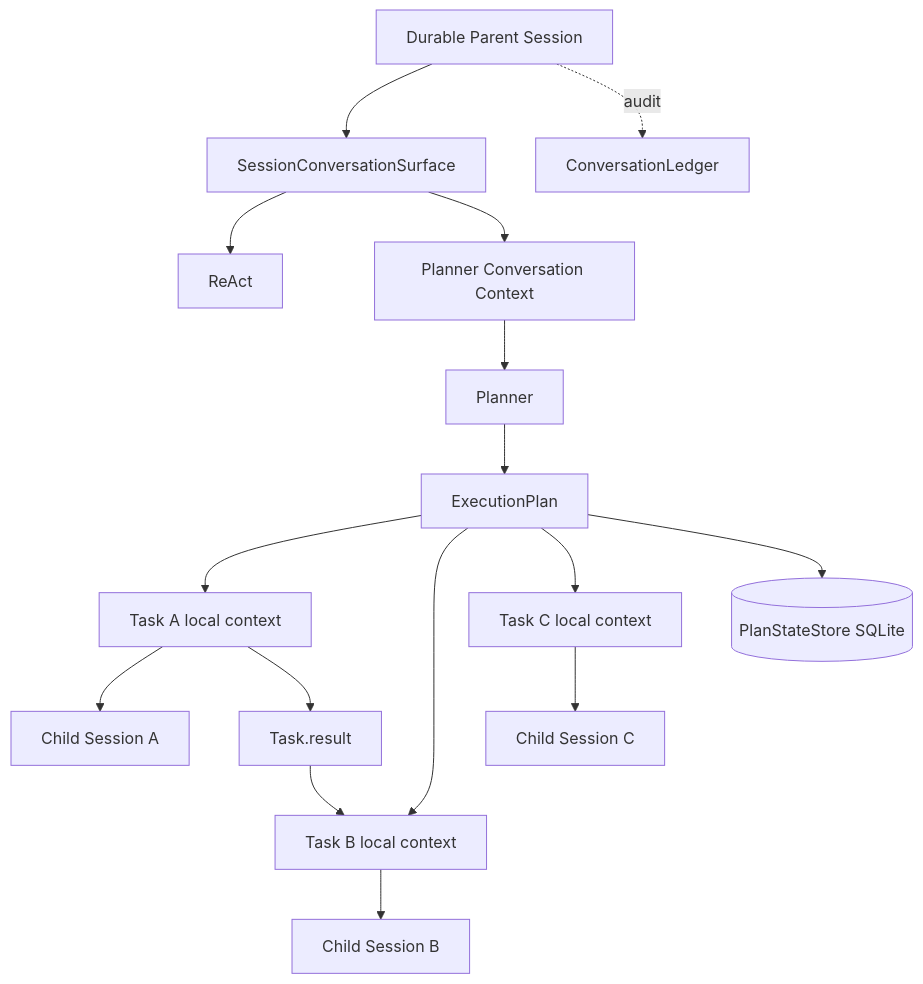
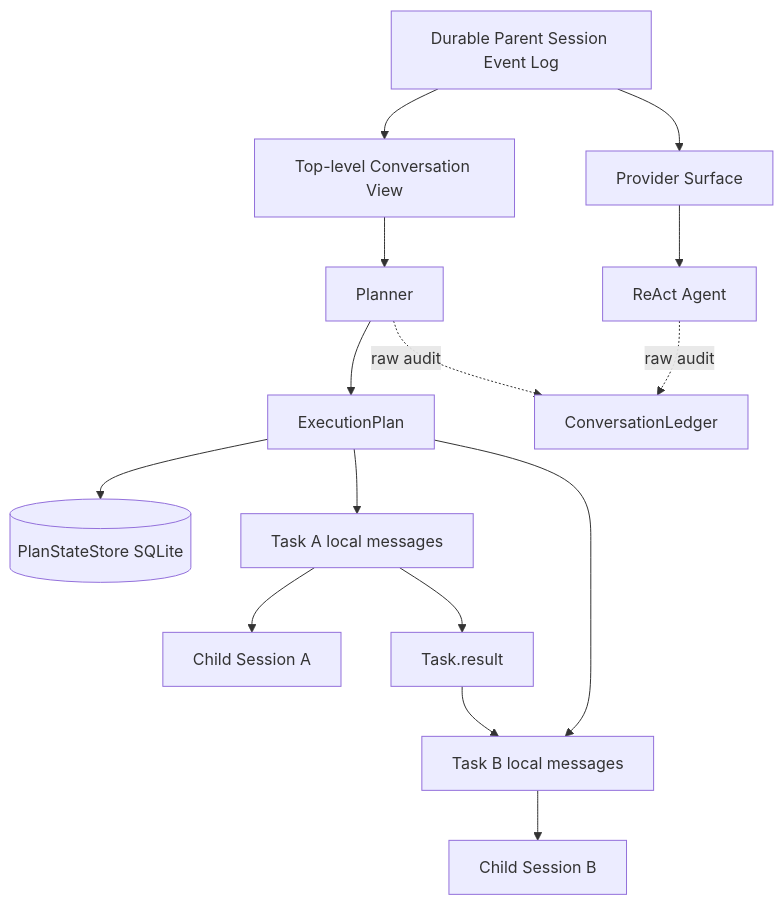
The second of 2 diagrams in docs/dev/14-plan-session-conversation-continuity.md (zgjdev/Code-Agent), drawn with Mermaid before and after one commit. The commit also changed other lines of this file, not shown here.

Commit message:
docs: resolve plan session continuity design ambiguities

````diff
--- a/docs/dev/14-plan-session-conversation-continuity.md
+++ b/docs/dev/14-plan-session-conversation-continuity.md
@@ -347,26 +368,18 @@
 ```mermaid
 graph TB
-    SESSION[Durable Parent Session]
-
-    SESSION --> SURFACE[SessionConversationSurface]
-    SURFACE --> REACT[ReAct]
-    SURFACE --> PCTX[Planner Conversation Context]
-
-    PCTX --> PLANNER[Planner]
+    SESSION[Durable Parent Session Event Log]
+    SESSION --> PS[Provider Surface]
+    SESSION --> CV[Top-level Conversation View]
+    PS --> REACT[ReAct Agent]
+    CV --> PLANNER[Planner]
     PLANNER --> DAG[ExecutionPlan]
-
-    DAG --> T1[Task A local context]
-    DAG --> T2[Task B local context]
-    DAG --> T3[Task C local context]
-
+    DAG --> DB[(PlanStateStore SQLite)]
+    DAG --> T1[Task A local messages]
+    DAG --> T2[Task B local messages]
     T1 --> C1[Child Session A]
     T2 --> C2[Child Session B]
-    T3 --> C3[Child Session C]
-
-    DAG --> SQLITE[(PlanStateStore SQLite)]
-
     T1 --> R1[Task.result]
     R1 --> T2
-
-    SESSION -. audit .-> LEDGER[ConversationLedger]
+    REACT -. raw audit .-> LEDGER[ConversationLedger]
+    PLANNER -. raw audit .-> LEDGER
 ```
````
